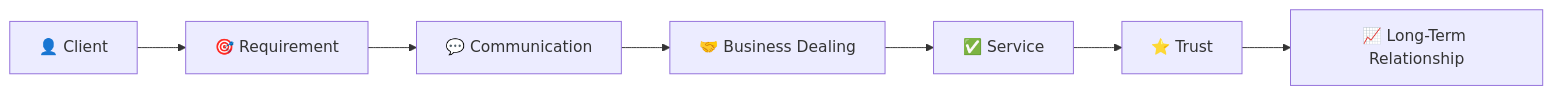
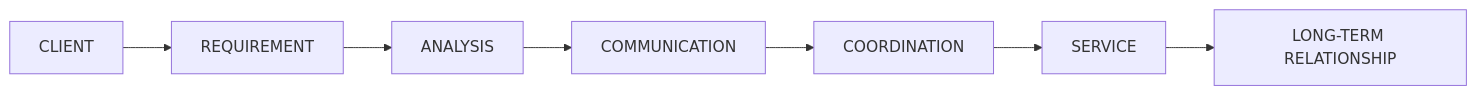
The first of 2 diagrams in README.md (TeamZelmo/TeamZelmo), drawn with Mermaid before and after one commit. The commit also changed other lines of this file, not shown here.

````diff
--- a/README.md
+++ b/README.md
@@ -74,9 +49,9 @@
-```mermaid
+```mermaid id="7q2n8k"
 flowchart LR
-    A["👤 Client"] --> B["🎯 Requirement"]
-    B --> C["💬 Communication"]
-    C --> D["🤝 Business Dealing"]
-    D --> E["✅ Service"]
-    E --> F["⭐ Trust"]
-    F --> G["📈 Long-Term Relationship"]
+    A["CLIENT"] --> B["REQUIREMENT"]
+    B --> C["ANALYSIS"]
+    C --> D["COMMUNICATION"]
+    D --> E["COORDINATION"]
+    E --> F["SERVICE"]
+    F --> G["LONG-TERM RELATIONSHIP"]
 ```
````
